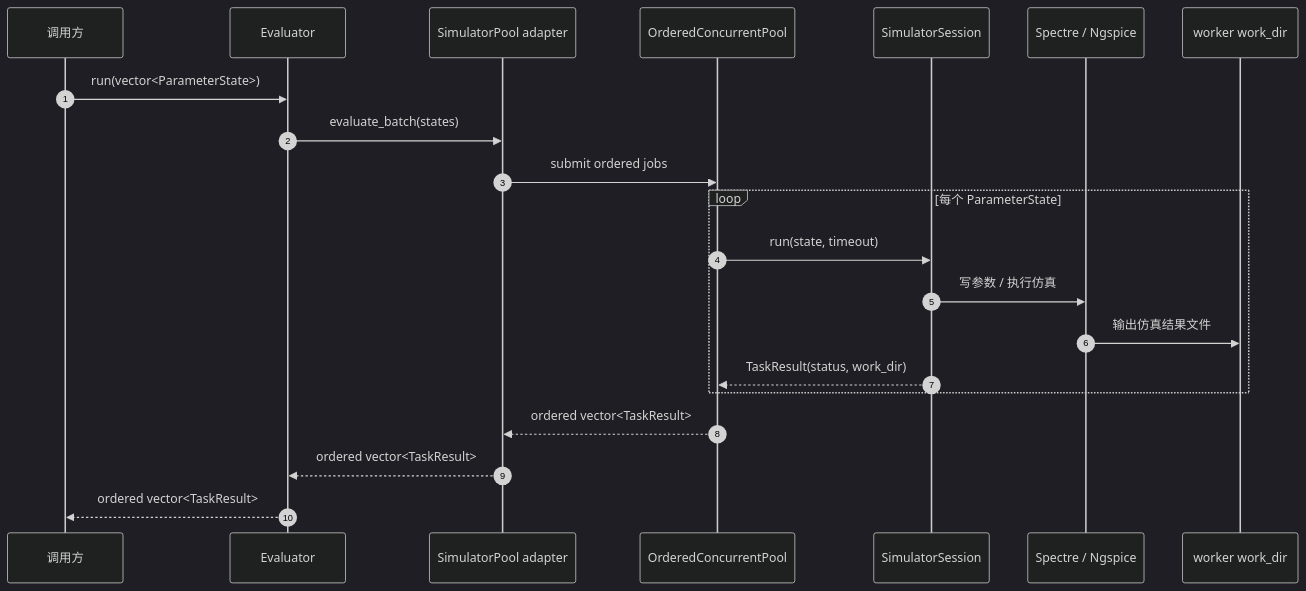
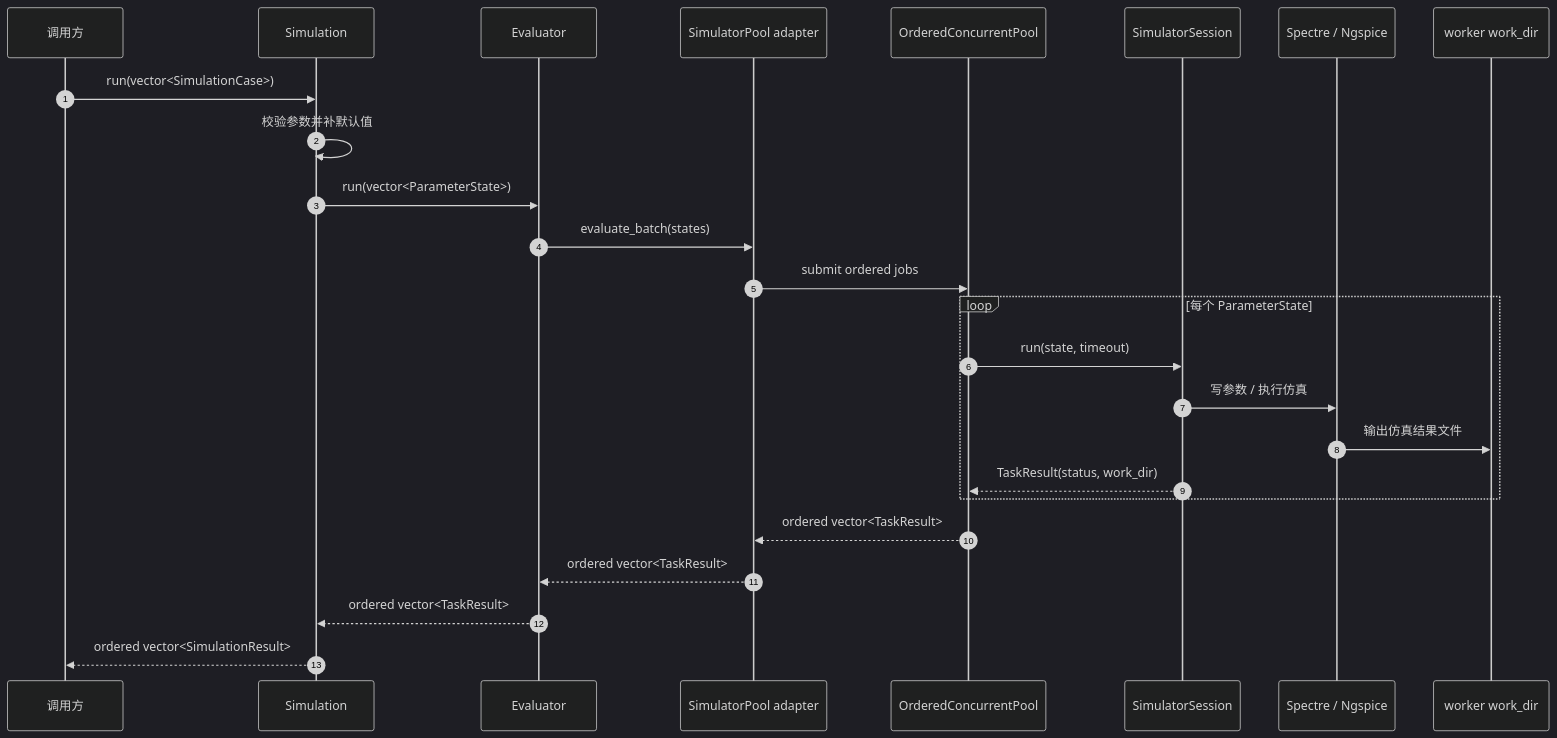
The second of 6 diagrams in doc/develop_doc/00_项目总览/02_架构总览.md (Snappersontheprowl/SPICEUnion), drawn with Mermaid (dark theme) before and after one commit. The commit also changed other lines of this file and 17 other files, not shown here.

````diff
--- a/doc/develop_doc/00_项目总览/02_架构总览.md
+++ b/doc/develop_doc/00_项目总览/02_架构总览.md
@@ -119,27 +133,31 @@
 ```mermaid
 sequenceDiagram
     autonumber
 
     participant Caller as 调用方
+    participant Simulation as Simulation
     participant Evaluator as Evaluator
     participant Pool as SimulatorPool adapter
     participant OCP as OrderedConcurrentPool
     participant Session as SimulatorSession
     participant Simulator as Spectre / Ngspice
     participant WorkDir as worker work_dir
 
-    Caller->>Evaluator: run(vector<ParameterState>)
+    Caller->>Simulation: run(vector<SimulationCase>)
+    Simulation->>Simulation: 校验参数并补默认值
+    Simulation->>Evaluator: run(vector<ParameterState>)
     Evaluator->>Pool: evaluate_batch(states)
     Pool->>OCP: submit ordered jobs
 
     loop 每个 ParameterState
         OCP->>Session: run(state, timeout)
         Session->>Simulator: 写参数 / 执行仿真
         Simulator->>WorkDir: 输出仿真结果文件
         Session-->>OCP: TaskResult(status, work_dir)
     end
 
     OCP-->>Pool: ordered vector<TaskResult>
     Pool-->>Evaluator: ordered vector<TaskResult>
-    Evaluator-->>Caller: ordered vector<TaskResult>
+    Evaluator-->>Simulation: ordered vector<TaskResult>
+    Simulation-->>Caller: ordered vector<SimulationResult>
 ```
````
